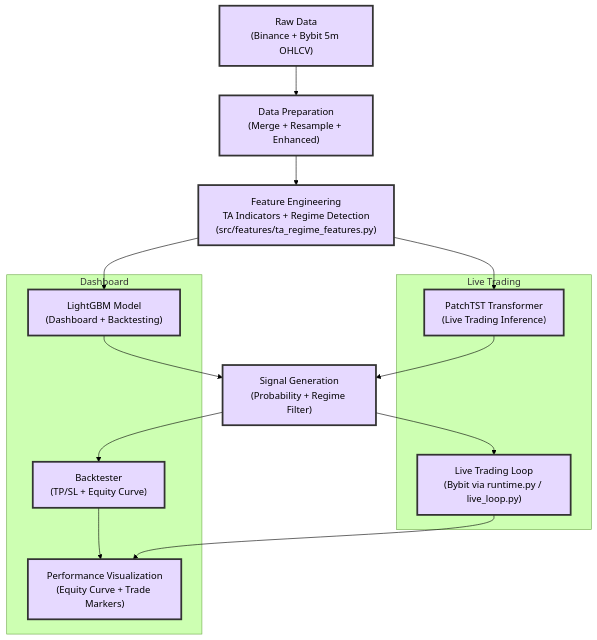
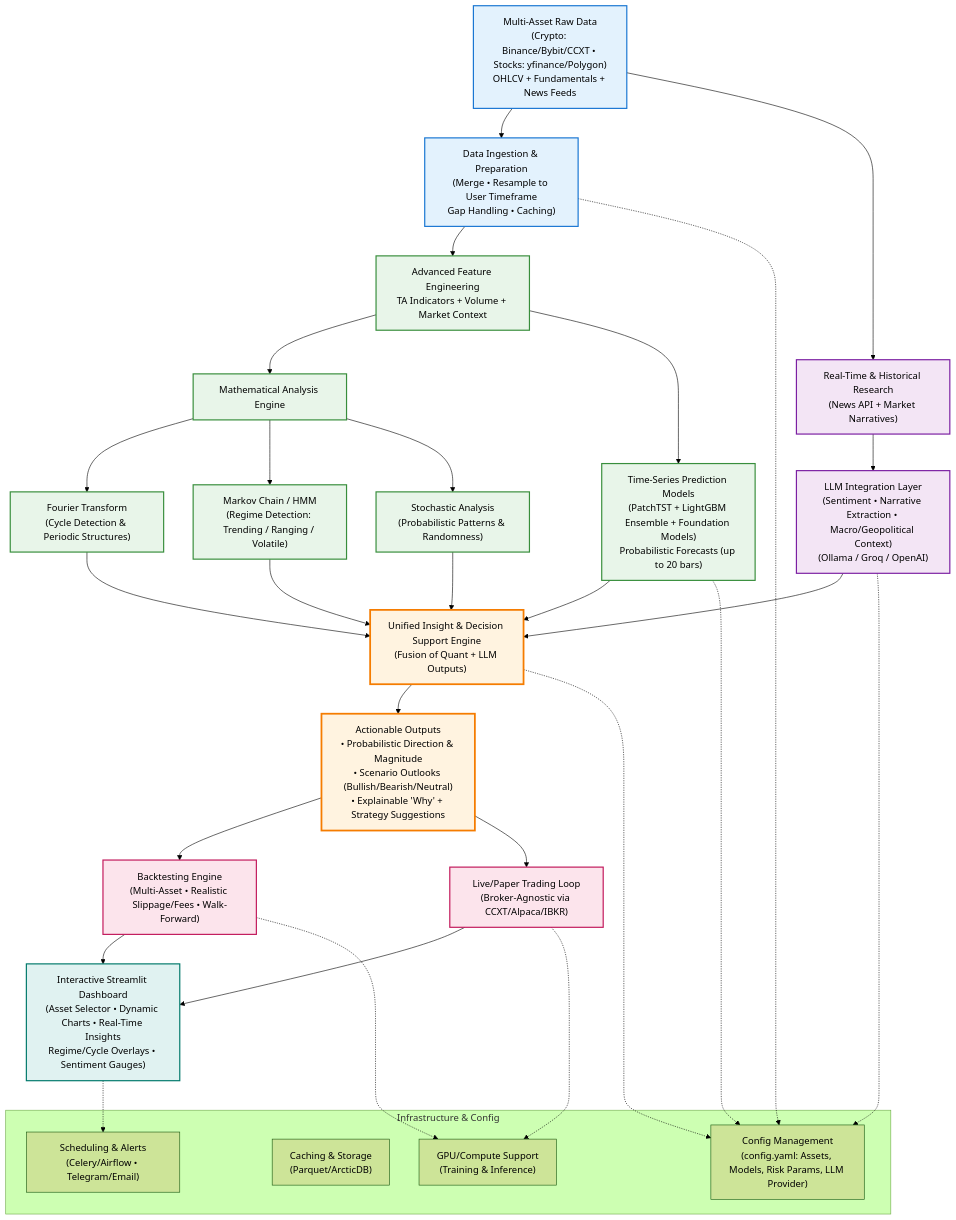
Before and after one commit to Ziggy00781/hybrid_trader: the diagram in README.md, drawn with Mermaid (forest theme).

Commit message:
Full evolution

````diff
--- a/README.md
+++ b/README.md
@@ -25,33 +25,56 @@
 ```mermaid
 flowchart TD
-    A["Raw Data\n(Binance + Bybit 5m OHLCV)"] 
-    --> B["Data Preparation\n(Merge + Resample + Enhanced)"]
+    %% Data Layer
+    A["Multi-Asset Raw Data\n(Crypto: Binance/Bybit/CCXT • Stocks: yfinance/Polygon)\nOHLCV + Fundamentals + News Feeds"] 
+        --> B["Data Ingestion & Preparation\n(Merge • Resample to User Timeframe\nGap Handling • Caching)"]
 
-    B --> C["Feature Engineering\nTA Indicators + Regime Detection\n(src/features/ta_regime_features.py)"]
+    %% Feature & Analysis Engine
+    B --> C["Advanced Feature Engineering\nTA Indicators + Volume + Market Context"]
+    C --> D["Mathematical Analysis Engine"]
+    D --> D1["Fourier Transform\n(Cycle Detection & Periodic Structures)"]
+    D --> D2["Markov Chain / HMM\n(Regime Detection: Trending / Ranging / Volatile)"]
+    D --> D3["Stochastic Analysis\n(Probabilistic Patterns & Randomness)"]
+    
+    %% Time-Series Prediction
+    C --> E["Time-Series Prediction Models\n(PatchTST + LightGBM Ensemble + Foundation Models)\nProbabilistic Forecasts (up to 20 bars)"]
 
-    C --> D1["LightGBM Model\n(Dashboard + Backtesting)"]
-    C --> D2["PatchTST Transformer\n(Live Trading Inference)"]
+    %% LLM Research Layer
+    A --> F["Real-Time & Historical Research\n(News API + Market Narratives)"]
+    F --> G["LLM Integration Layer\n(Sentiment • Narrative Extraction • Macro/Geopolitical Context)\n(Ollama / Groq / OpenAI)"]
 
-    D1 --> E["Signal Generation\n(Probability + Regime Filter)"]
-    D2 --> E
+    %% Fusion & Decision Support
+    D1 & D2 & D3 & E & G --> H["Unified Insight & Decision Support Engine\n(Fusion of Quant + LLM Outputs)"]
+    H --> I["Actionable Outputs\n• Probabilistic Direction & Magnitude\n• Scenario Outlooks (Bullish/Bearish/Neutral)\n• Explainable 'Why' + Strategy Suggestions"]
 
-    E --> F["Backtester\n(TP/SL + Equity Curve)"]
-    E --> G["Live Trading Loop\n(Bybit via runtime.py / live_loop.py)"]
+    %% Execution & Visualization
+    I --> J["Backtesting Engine\n(Multi-Asset • Realistic Slippage/Fees • Walk-Forward)"]
+    I --> K["Live/Paper Trading Loop\n(Broker-Agnostic via CCXT/Alpaca/IBKR)"]
+    
+    J & K --> L["Interactive Streamlit Dashboard\n(Asset Selector • Dynamic Charts • Real-Time Insights\nRegime/Cycle Overlays • Sentiment Gauges)"]
 
-    F --> H["Performance Visualization\n(Equity Curve + Trade Markers)"]
-    G --> H
-
-    subgraph Dashboard
-        D1
-        F
-        H
+    %% Infrastructure
+    subgraph "Infrastructure & Config"
+        M["Config Management\n(config.yaml: Assets, Models, Risk Params, LLM Provider)"]
+        N["Caching & Storage\n(Parquet/ArcticDB)"]
+        O["GPU/Compute Support\n(Training & Inference)"]
+        P["Scheduling & Alerts\n(Celery/Airflow • Telegram/Email)"]
     end
 
-    subgraph Live Trading
-        D2
-        G
-    end
+    B & E & G & H -.-> M
+    J & K -.-> O
+    L -.-> P
 
-    classDef active fill:#E6D9FF,stroke:#333,stroke-width:3px,color:#000
-    class A,B,C,D1,D2,E,F,G,H active
+    classDef data fill:#E3F2FD,stroke:#1976D2,stroke-width:2px
+    classDef analysis fill:#E8F5E9,stroke:#388E3C,stroke-width:2px
+    classDef llm fill:#F3E5F5,stroke:#7B1FA2,stroke-width:2px
+    classDef decision fill:#FFF3E0,stroke:#F57C00,stroke-width:3px
+    classDef execution fill:#FCE4EC,stroke:#C2185B,stroke-width:2px
+    classDef ui fill:#E0F2F1,stroke:#00796B,stroke-width:2px
+
+    class A,B data
+    class C,D,D1,D2,D3,E analysis
+    class F,G llm
+    class H,I decision
+    class J,K execution
+    class L ui
 ```
````
